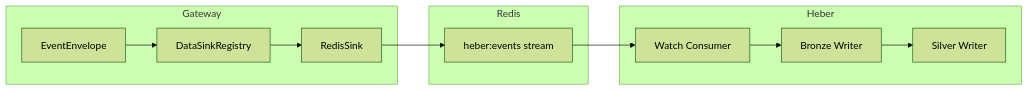
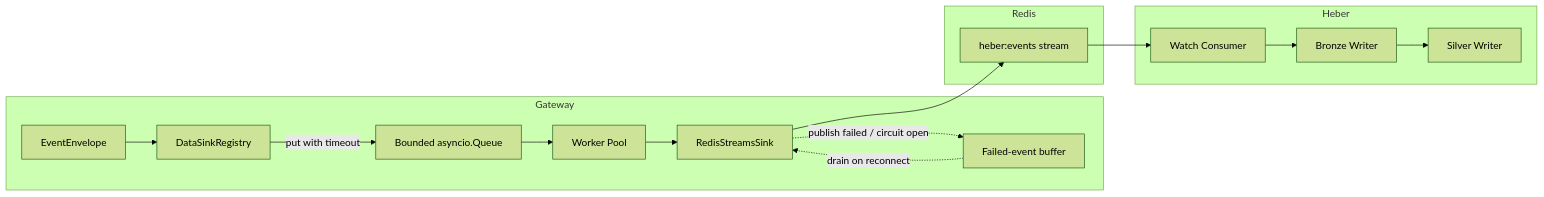
Before and after one commit to JasperDale420/Data-Gateway: the fourth of 4 diagrams in docs/ARCHITECTURE.md, drawn with Mermaid (forest theme). The commit also changed other lines of this file and 10 other files, not shown here.

First line of the commit message:
docs: refresh Data-Gateway documentation to current architecture

````diff
--- a/docs/ARCHITECTURE.md
+++ b/docs/ARCHITECTURE.md
@@ -265,21 +287,26 @@
 ```mermaid
 flowchart LR
     subgraph Gateway
         ENV[EventEnvelope]
         REG[DataSinkRegistry]
-        RS[RedisSink]
+        Q[Bounded asyncio.Queue]
+        WRK[Worker Pool]
+        RS[RedisStreamsSink]
+        BUF[Failed-event buffer]
     end
 
     subgraph Redis
         STREAM[heber:events stream]
     end
 
     subgraph Heber
         WATCH[Watch Consumer]
         BRONZE[Bronze Writer]
         SILVER[Silver Writer]
     end
 
-    ENV --> REG --> RS --> STREAM
+    ENV --> REG -->|put with timeout| Q --> WRK --> RS --> STREAM
+    RS -.->|publish failed / circuit open| BUF
+    BUF -.->|drain on reconnect| RS
     STREAM --> WATCH --> BRONZE --> SILVER
 ```
````
